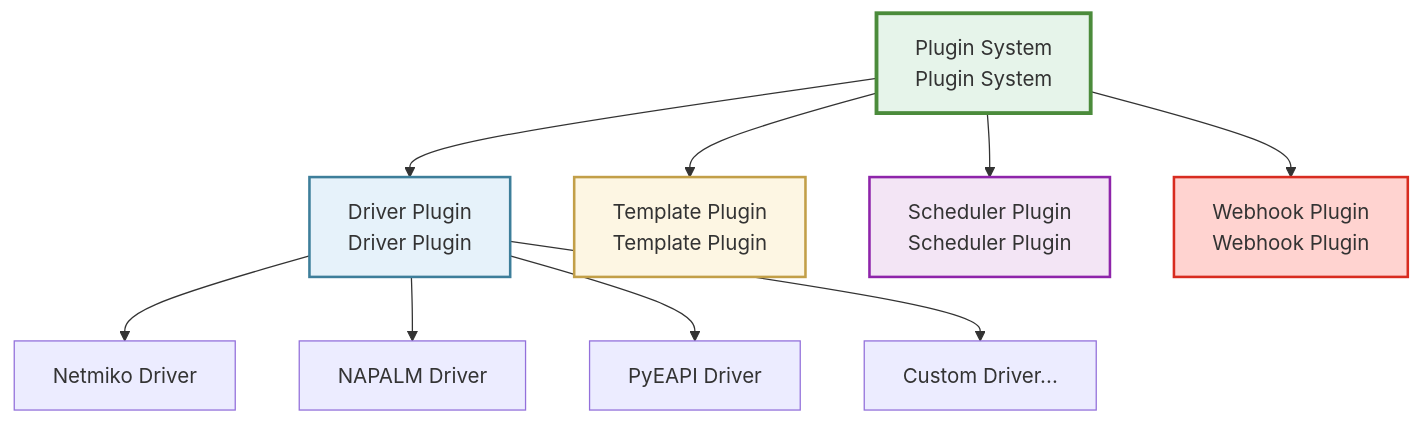
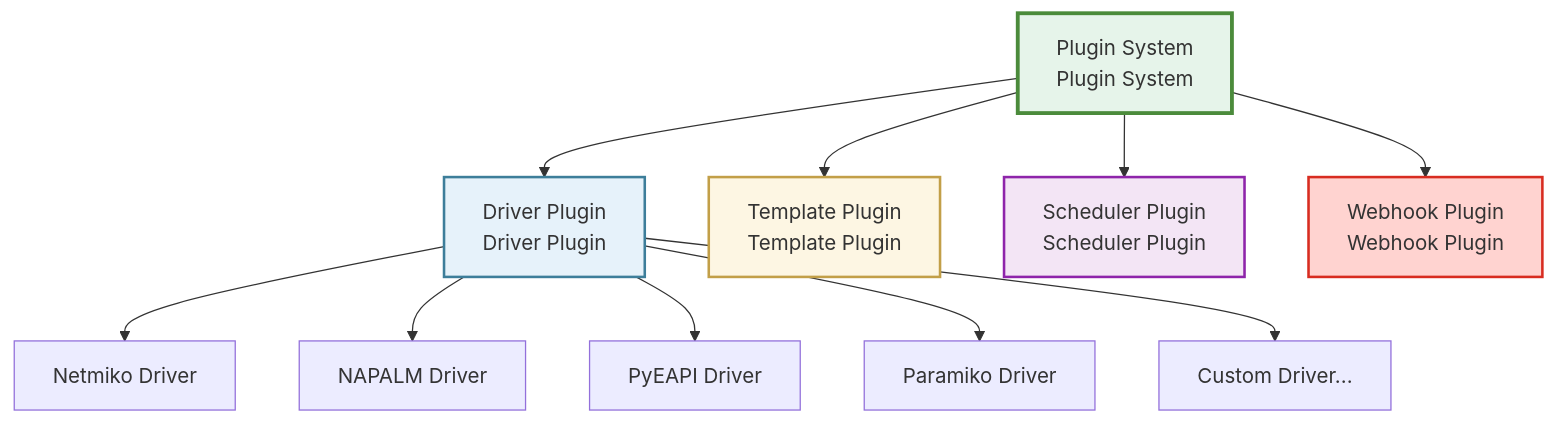
One commit to scitix/netpulse changed the first of 3 diagrams in docs/en/architecture/plugin-system.md. Above: the diagram before and after it, drawn with Mermaid. The commit also changed other lines of this file and 43 other files, not shown here.

Commit message:
feat: add new 'paramiko' driver for Linux management

````diff
--- a/docs/en/architecture/plugin-system.md
+++ b/docs/en/architecture/plugin-system.md
@@ -14,20 +14,21 @@
 ```mermaid
 graph TB
     Plugin[Plugin System<br/>Plugin System]
     
     Plugin --> Driver[Driver Plugin<br/>Driver Plugin]
     Plugin --> Template[Template Plugin<br/>Template Plugin]
     Plugin --> Scheduler[Scheduler Plugin<br/>Scheduler Plugin]
     Plugin --> Webhook[Webhook Plugin<br/>Webhook Plugin]
     
     Driver --> Netmiko[Netmiko Driver]
     Driver --> NAPALM[NAPALM Driver]
     Driver --> PyEAPI[PyEAPI Driver]
+    Driver --> Paramiko[Paramiko Driver]
     Driver --> Custom[Custom Driver...]
     
     style Plugin fill:#E6F4EA,stroke:#4B8B3B,stroke-width:3px
     style Driver fill:#E6F2FA,stroke:#3D7E9A,stroke-width:2px
     style Template fill:#FDF6E3,stroke:#C29F48,stroke-width:2px
     style Scheduler fill:#F3E5F5,stroke:#8E24AA,stroke-width:2px
     style Webhook fill:#FFD3D0,stroke:#D82C20,stroke-width:2px
 ```
````
